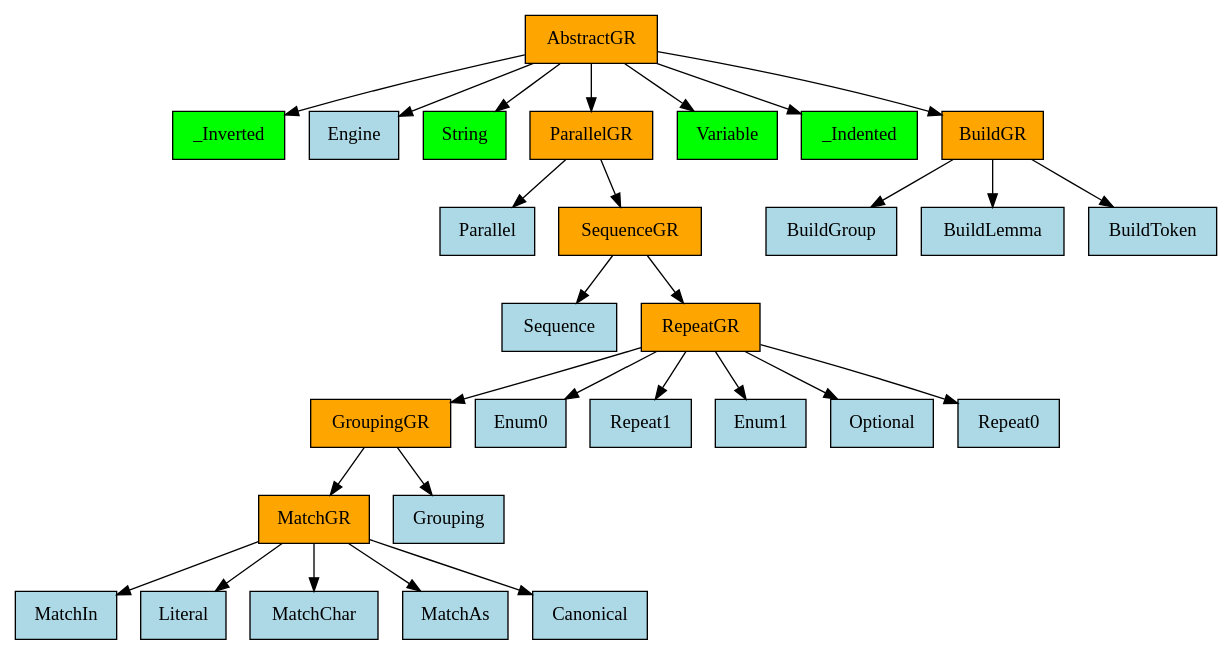
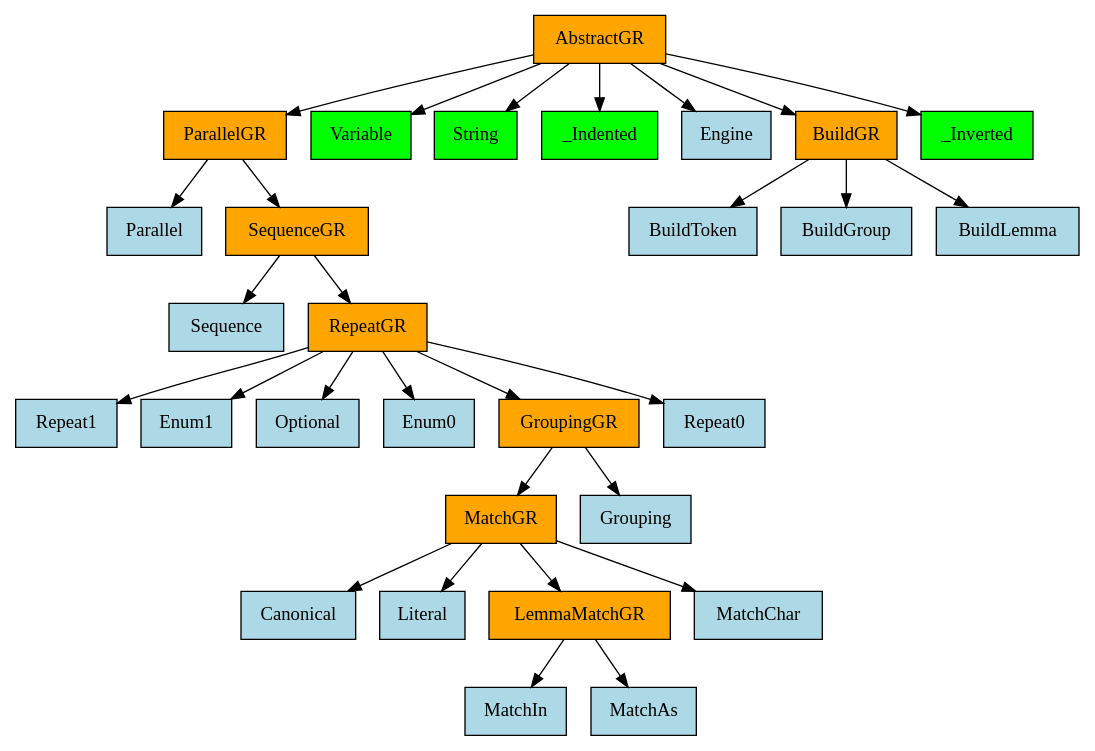
The diagram in language/base/bnf/v0_0_1/core/mro_graph.gv (GabrielAmare/Language), drawn with Graphviz before and after one commit. The commit also changed 5 other files, not shown here.

Commit message:
bnf 0.0.1 -> created a LemmaMatchGR for MatchAs and MatchIn

```diff
--- a/language/base/bnf/v0_0_1/core/mro_graph.gv
+++ b/language/base/bnf/v0_0_1/core/mro_graph.gv
@@ -1,57 +1,59 @@
 digraph {
 	0 [label=AbstractGR fillcolor=orange shape=rect style=filled]
-	1 [label=_Inverted fillcolor=lime shape=rect style=filled]
-	2 [label=Engine fillcolor=lightblue shape=rect style=filled]
+	1 [label=ParallelGR fillcolor=orange shape=rect style=filled]
+	2 [label=Variable fillcolor=lime shape=rect style=filled]
 	3 [label=String fillcolor=lime shape=rect style=filled]
-	4 [label=ParallelGR fillcolor=orange shape=rect style=filled]
-	5 [label=Variable fillcolor=lime shape=rect style=filled]
-	6 [label=_Indented fillcolor=lime shape=rect style=filled]
-	7 [label=BuildGR fillcolor=orange shape=rect style=filled]
-	8 [label=BuildGroup fillcolor=lightblue shape=rect style=filled]
-	9 [label=BuildLemma fillcolor=lightblue shape=rect style=filled]
-	10 [label=BuildToken fillcolor=lightblue shape=rect style=filled]
+	4 [label=_Indented fillcolor=lime shape=rect style=filled]
+	5 [label=Engine fillcolor=lightblue shape=rect style=filled]
+	6 [label=BuildGR fillcolor=orange shape=rect style=filled]
+	7 [label=_Inverted fillcolor=lime shape=rect style=filled]
+	8 [label=BuildToken fillcolor=lightblue shape=rect style=filled]
+	9 [label=BuildGroup fillcolor=lightblue shape=rect style=filled]
+	10 [label=BuildLemma fillcolor=lightblue shape=rect style=filled]
 	11 [label=Parallel fillcolor=lightblue shape=rect style=filled]
 	12 [label=SequenceGR fillcolor=orange shape=rect style=filled]
 	13 [label=Sequence fillcolor=lightblue shape=rect style=filled]
 	14 [label=RepeatGR fillcolor=orange shape=rect style=filled]
-	15 [label=GroupingGR fillcolor=orange shape=rect style=filled]
-	16 [label=Enum0 fillcolor=lightblue shape=rect style=filled]
-	17 [label=Repeat1 fillcolor=lightblue shape=rect style=filled]
-	18 [label=Enum1 fillcolor=lightblue shape=rect style=filled]
-	19 [label=Optional fillcolor=lightblue shape=rect style=filled]
+	15 [label=Repeat1 fillcolor=lightblue shape=rect style=filled]
+	16 [label=Enum1 fillcolor=lightblue shape=rect style=filled]
+	17 [label=Optional fillcolor=lightblue shape=rect style=filled]
+	18 [label=Enum0 fillcolor=lightblue shape=rect style=filled]
+	19 [label=GroupingGR fillcolor=orange shape=rect style=filled]
 	20 [label=Repeat0 fillcolor=lightblue shape=rect style=filled]
 	21 [label=MatchGR fillcolor=orange shape=rect style=filled]
 	22 [label=Grouping fillcolor=lightblue shape=rect style=filled]
-	23 [label=MatchIn fillcolor=lightblue shape=rect style=filled]
+	23 [label=Canonical fillcolor=lightblue shape=rect style=filled]
 	24 [label=Literal fillcolor=lightblue shape=rect style=filled]
-	25 [label=MatchChar fillcolor=lightblue shape=rect style=filled]
-	26 [label=MatchAs fillcolor=lightblue shape=rect style=filled]
-	27 [label=Canonical fillcolor=lightblue shape=rect style=filled]
+	25 [label=LemmaMatchGR fillcolor=orange shape=rect style=filled]
+	26 [label=MatchChar fillcolor=lightblue shape=rect style=filled]
+	27 [label=MatchIn fillcolor=lightblue shape=rect style=filled]
+	28 [label=MatchAs fillcolor=lightblue shape=rect style=filled]
 	0 -> 1
 	0 -> 2
 	0 -> 3
 	0 -> 4
 	0 -> 5
 	0 -> 6
 	0 -> 7
-	7 -> 8
-	7 -> 9
-	7 -> 10
-	4 -> 11
-	4 -> 12
+	6 -> 8
+	6 -> 9
+	6 -> 10
+	1 -> 11
+	1 -> 12
 	12 -> 13
 	12 -> 14
 	14 -> 15
 	14 -> 16
 	14 -> 17
 	14 -> 18
 	14 -> 19
 	14 -> 20
-	15 -> 21
-	15 -> 22
+	19 -> 21
+	19 -> 22
 	21 -> 23
 	21 -> 24
 	21 -> 25
 	21 -> 26
-	21 -> 27
+	25 -> 27
+	25 -> 28
 }
```
